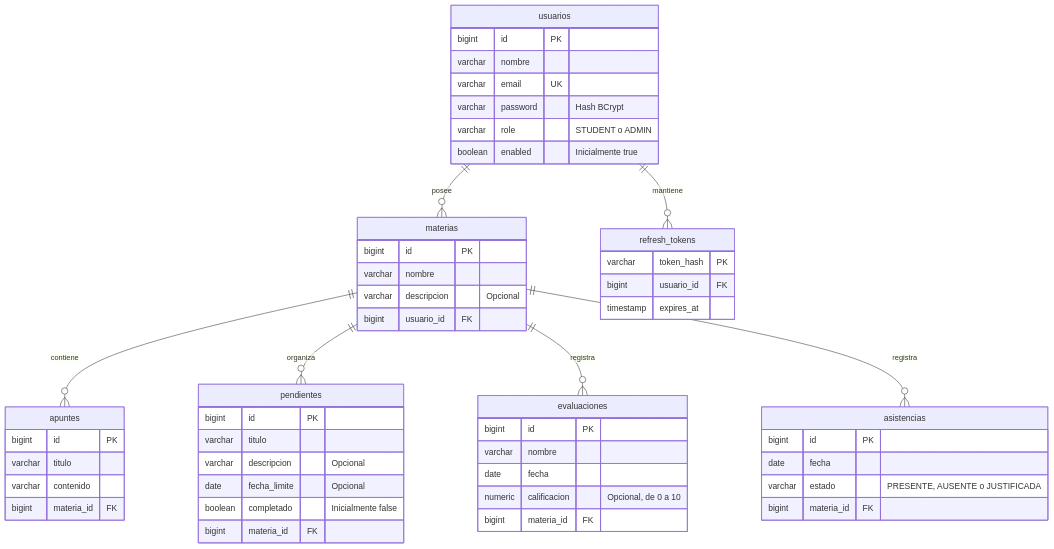
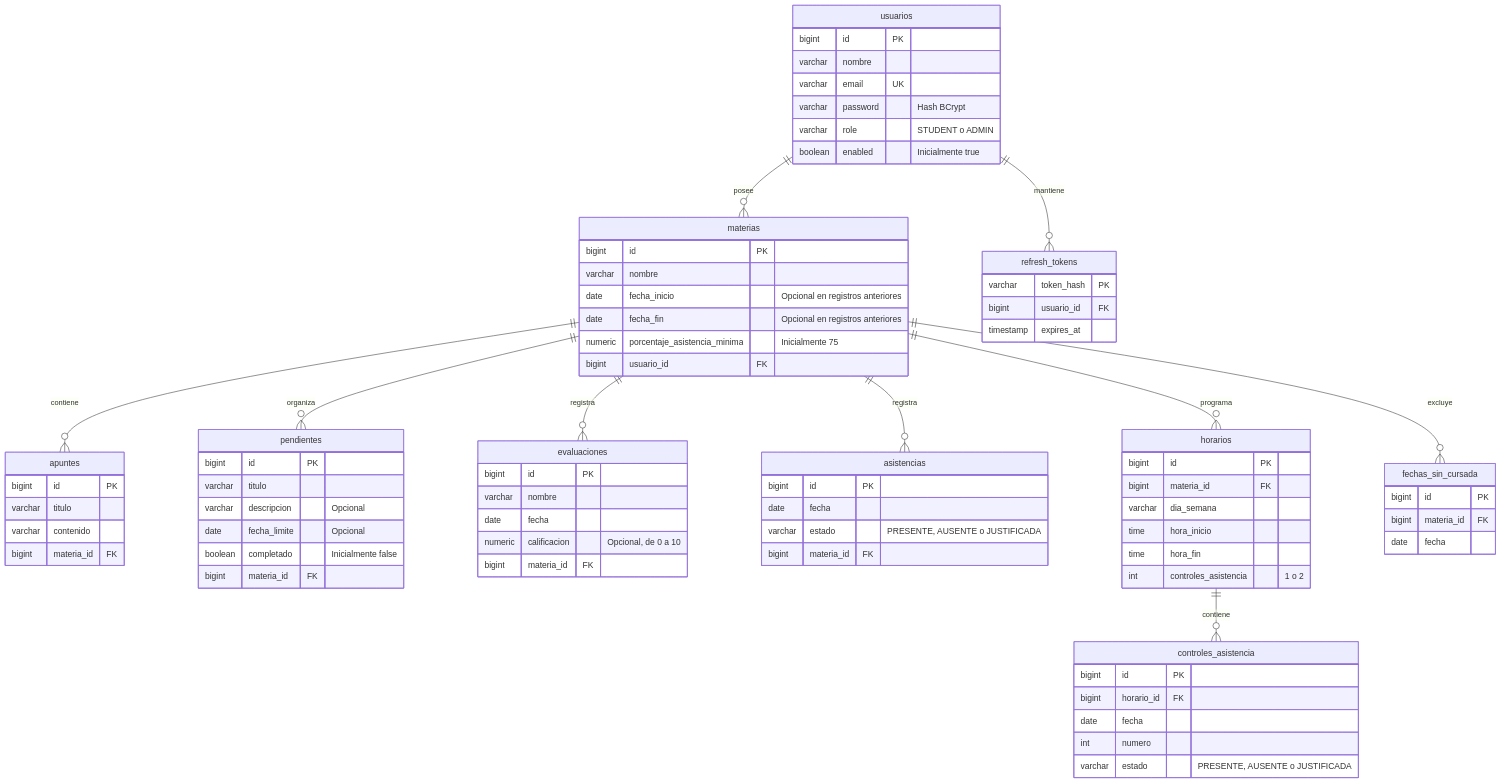
The diagram in README.md (SantinoCataldo/acadezer), drawn with Mermaid before and after one commit. The commit also changed other lines of this file and 30 other files, not shown here.

```diff
--- a/README.md
+++ b/README.md
@@ -19,6 +19,9 @@
     materias ||--o{ pendientes : organiza
     materias ||--o{ evaluaciones : registra
     materias ||--o{ asistencias : registra
+    materias ||--o{ horarios : programa
+    horarios ||--o{ controles_asistencia : contiene
+    materias ||--o{ fechas_sin_cursada : excluye
 
     usuarios {
         bigint id PK
@@ -38,8 +41,33 @@
     materias {
         bigint id PK
         varchar nombre
-        varchar descripcion "Opcional"
+        date fecha_inicio "Opcional en registros anteriores"
+        date fecha_fin "Opcional en registros anteriores"
+        numeric porcentaje_asistencia_minima "Inicialmente 75"
         bigint usuario_id FK
+    }
+
+    horarios {
+        bigint id PK
+        bigint materia_id FK
+        varchar dia_semana
+        time hora_inicio
+        time hora_fin
+        int controles_asistencia "1 o 2"
+    }
+
+    controles_asistencia {
+        bigint id PK
+        bigint horario_id FK
+        date fecha
+        int numero
+        varchar estado "PRESENTE, AUSENTE o JUSTIFICADA"
+    }
+
+    fechas_sin_cursada {
+        bigint id PK
+        bigint materia_id FK
+        date fecha
     }
 
     apuntes {
```
